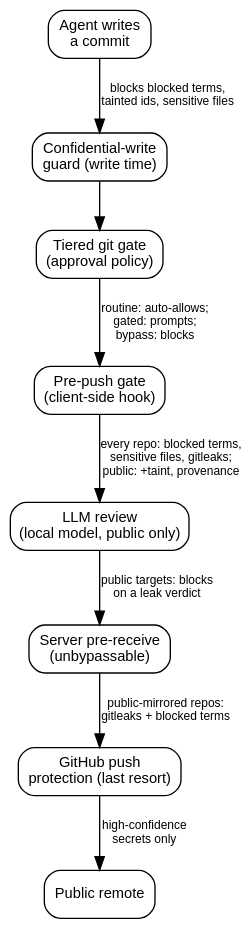
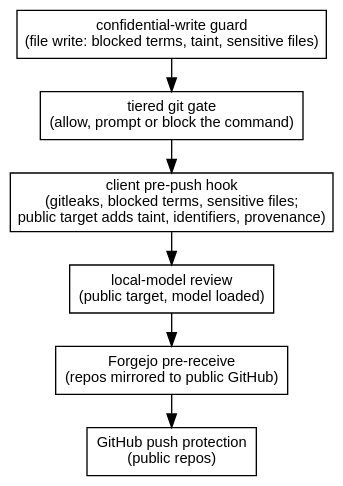
Before and after one commit to erfianugrah/lexicanum: the first of 2 diagrams in src/content/docs/reference/agent-git-without-prompts.mdx, drawn with Graphviz. The commit also changed other lines of this file and 14 other files, not shown here.

First line of the commit message:
docs(harnesses): presentation, diagram and prose pass over the pi harness series (lexicanum#57)

````diff
--- a/src/content/docs/reference/agent-git-without-prompts.mdx
+++ b/src/content/docs/reference/agent-git-without-prompts.mdx
@@ -347,25 +112,17 @@
 ```dot
 digraph {
-  rankdir=TB; bgcolor="transparent"; nodesep=0.3; ranksep=0.5;
+  rankdir=TB; bgcolor="transparent"; nodesep=0.3; ranksep=0.35;
   fontname="Helvetica,Arial,sans-serif";
-  node [fontname="Helvetica,Arial,sans-serif", fontsize=11, shape=box, style="rounded"];
+  node [fontname="Helvetica,Arial,sans-serif", fontsize=11, shape=box];
   edge [fontname="Helvetica,Arial,sans-serif", fontsize=9];
 
-  agent [label="Agent writes\na commit"];
-  cwg [label="Confidential-write\nguard (write time)"];
-  tier [label="Tiered git gate\n(approval policy)"];
-  prepush [label="Pre-push gate\n(client-side hook)"];
-  llm [label="LLM review\n(local model, public only)"];
-  prereceive [label="Server pre-receive\n(unbypassable)"];
-  ghpp [label="GitHub push\nprotection (last resort)"];
-  remote [label="Public remote"];
+  cwg [label="confidential-write guard\n(file write: blocked terms, taint, sensitive files)"];
+  tier [label="tiered git gate\n(allow, prompt or block the command)"];
+  prepush [label="client pre-push hook\n(gitleaks, blocked terms, sensitive files;\npublic target adds taint, identifiers, provenance)"];
+  llm [label="local-model review\n(public target, model loaded)"];
+  pre [label="Forgejo pre-receive\n(repos mirrored to public GitHub)"];
+  gh [label="GitHub push protection\n(public repos)"];
 
-  agent -> cwg [label="blocks blocked terms,\ntainted ids, sensitive files"];
-  cwg -> tier;
-  tier -> prepush [label="routine: auto-allows;\ngated: prompts;\nbypass: blocks"];
-  prepush -> llm [label="every repo: blocked terms,\nsensitive files, gitleaks;\npublic: +taint, provenance"];
-  llm -> prereceive [label="public targets: blocks\non a leak verdict"];
-  prereceive -> ghpp [label="public-mirrored repos:\ngitleaks + blocked terms"];
-  ghpp -> remote [label="high-confidence\nsecrets only"];
+  cwg -> tier -> prepush -> llm -> pre -> gh;
 }
 ```
````
